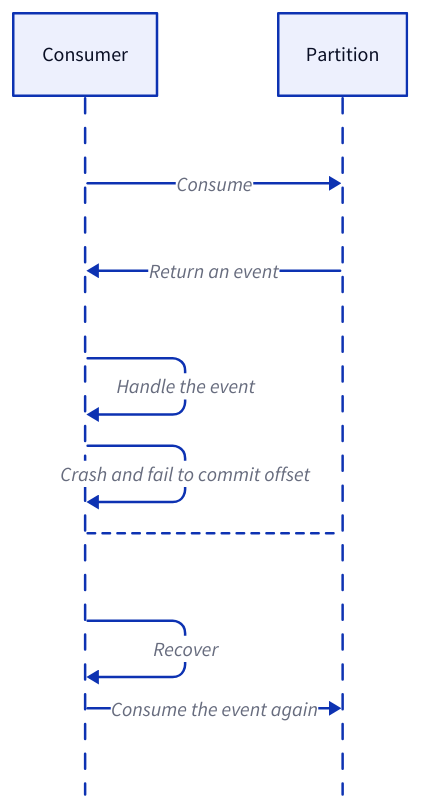
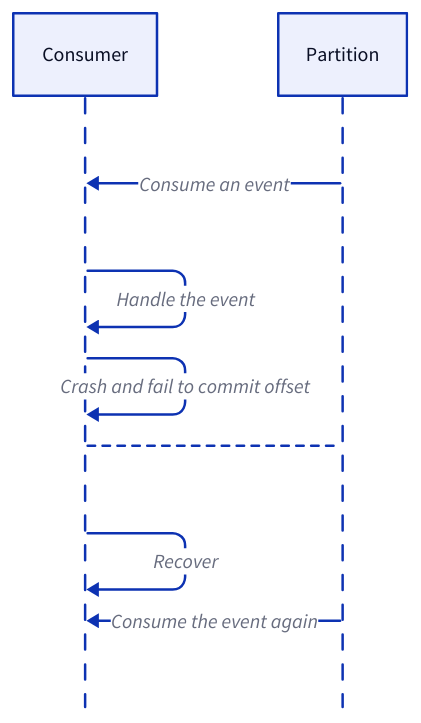
Before and after one commit to link1905/system-design-101: the fourth of 14 diagrams in content/docs/data-persistence/event-streaming-platform/delivery-semantics.md, drawn with D2. The commit also changed other lines of this file and 49 other files, not shown here.

````diff
--- a/content/docs/data-persistence/event-streaming-platform/delivery-semantics.md
+++ b/content/docs/data-persistence/event-streaming-platform/delivery-semantics.md
@@ -97,22 +99,21 @@
 ```d2
 shape: sequence_diagram
 c: Consumer {
     class: client
 }
 q: Partition {
     class: mq
 }
-c -> q: Consume
-q -> c: Return an event
+c <- q: Consume an event
 c -> c: Handle the event
 c -> c: Crash and fail to commit offset {
   class: error-conn
 }
 c -- q {
   style.stroke-dash: 3
 }
 c -> c: Recover
-c -> q: Consume the event again {
+c <- q: Consume the event again {
   class: error-conn
 }
 ```
````
